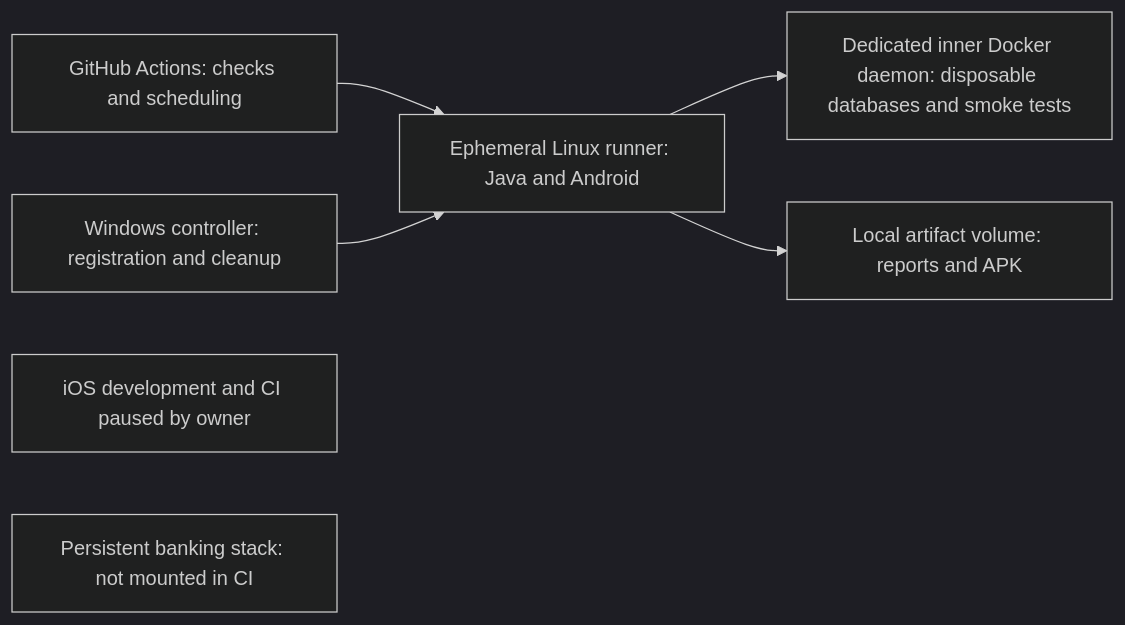
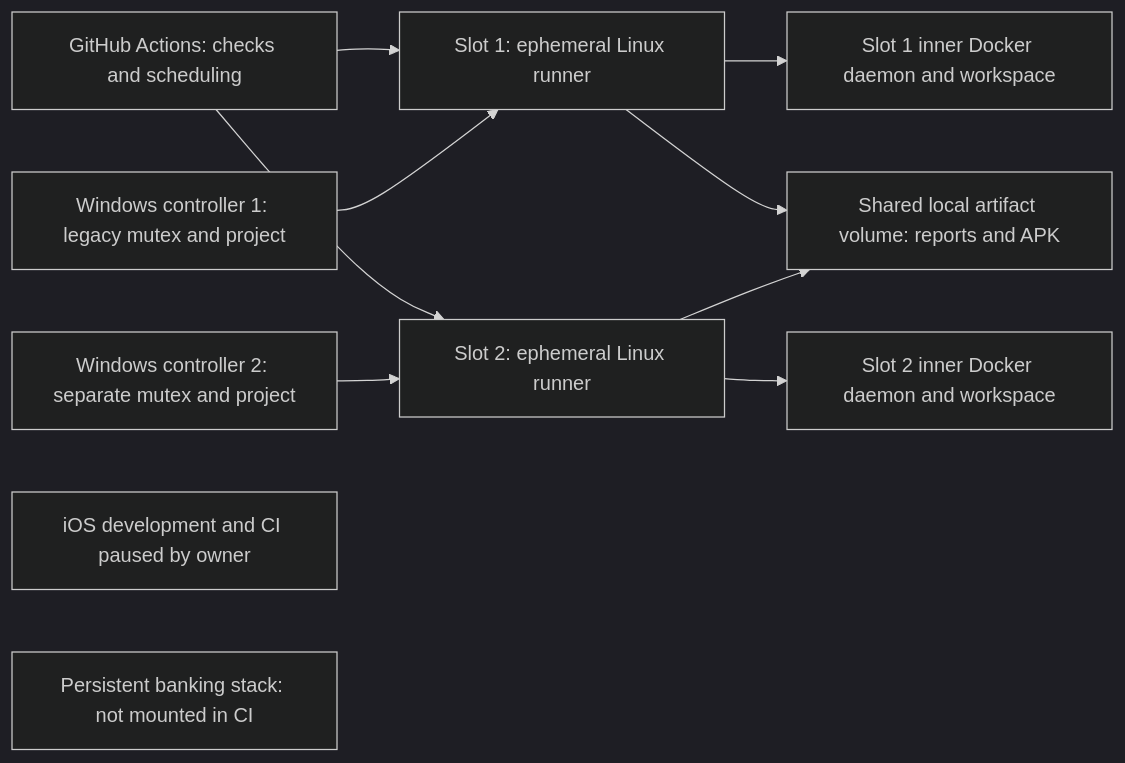
One commit to aarbabaev/ArMoney changed diagram 18 of 18 in ARCHITECTURE.md. Above: the diagram before and after it, drawn with Mermaid (dark theme). The commit also changed other lines of this file and 4 other files, not shown here.

Commit message:
Allow two isolated local CI runner slots

````diff
--- a/ARCHITECTURE.md
+++ b/ARCHITECTURE.md
@@ -701,9 +705,13 @@
 ```mermaid
 flowchart LR
-    GH["GitHub Actions: checks and scheduling"] --> R["Ephemeral Linux runner: Java and Android"]
-    H["Windows controller: registration and cleanup"] --> R
-    R --> D["Dedicated inner Docker daemon: disposable databases and smoke tests"]
-    R --> A["Local artifact volume: reports and APK"]
+    GH["GitHub Actions: checks and scheduling"] --> R1["Slot 1: ephemeral Linux runner"]
+    GH --> R2["Slot 2: ephemeral Linux runner"]
+    H1["Windows controller 1: legacy mutex and project"] --> R1
+    H2["Windows controller 2: separate mutex and project"] --> R2
+    R1 --> D1["Slot 1 inner Docker daemon and workspace"]
+    R2 --> D2["Slot 2 inner Docker daemon and workspace"]
+    R1 --> A["Shared local artifact volume: reports and APK"]
+    R2 --> A
     M["iOS development and CI paused by owner"]
     P["Persistent banking stack: not mounted in CI"]
 ```
````
